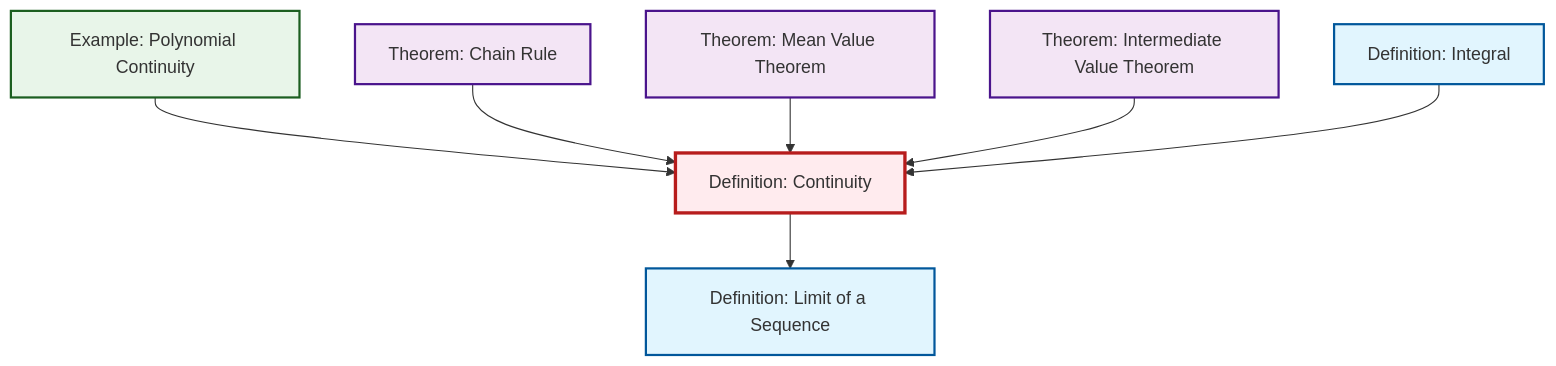
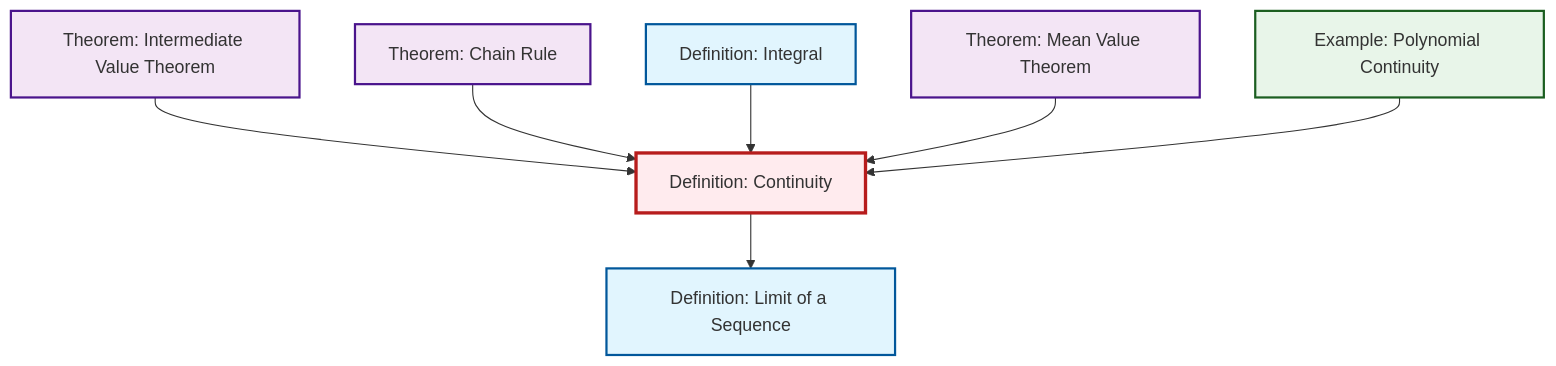
One commit to RK0429/ModernMath changed the diagram in content/en/analysis/def-continuity.qmd. Above: the diagram before and after it, drawn with Mermaid. The commit also changed other lines of this file and 530 other files, not shown here.

````diff
--- a/content/en/analysis/def-continuity.qmd
+++ b/content/en/analysis/def-continuity.qmd
@@ -57,29 +57,29 @@
 ```{mermaid}
 %%| fig-cap: "Local dependency graph"
 graph TD
     classDef definition fill:#e1f5fe,stroke:#01579b,stroke-width:2px
     classDef theorem fill:#f3e5f5,stroke:#4a148c,stroke-width:2px
     classDef axiom fill:#fff3e0,stroke:#e65100,stroke-width:2px
     classDef example fill:#e8f5e9,stroke:#1b5e20,stroke-width:2px
     classDef current fill:#ffebee,stroke:#b71c1c,stroke-width:3px
     thm-chain-rule["Theorem: Chain Rule"]:::theorem
+    thm-intermediate-value["Theorem: Intermediate Value Theorem"]:::theorem
+    ex-polynomial-continuity["Example: Polynomial Continuity"]:::example
     def-integral["Definition: Integral"]:::definition
+    def-limit["Definition: Limit of a Sequence"]:::definition
     def-continuity["Definition: Continuity"]:::definition
     thm-mean-value["Theorem: Mean Value Theorem"]:::theorem
-    ex-polynomial-continuity["Example: Polynomial Continuity"]:::example
-    thm-intermediate-value["Theorem: Intermediate Value Theorem"]:::theorem
-    def-limit["Definition: Limit of a Sequence"]:::definition
+    thm-intermediate-value --> def-continuity
+    thm-chain-rule --> def-continuity
+    def-integral --> def-continuity
+    thm-mean-value --> def-continuity
     ex-polynomial-continuity --> def-continuity
     def-continuity --> def-limit
-    thm-chain-rule --> def-continuity
-    thm-mean-value --> def-continuity
-    thm-intermediate-value --> def-continuity
-    def-integral --> def-continuity
     class def-continuity current
     click thm-chain-rule "thm-chain-rule.html" "Go to Chain Rule theorem"
+    click thm-intermediate-value "thm-intermediate-value.html" "Go to Intermediate Value Theorem theorem"
+    click ex-polynomial-continuity "ex-polynomial-continuity.html" "Go to Polynomial Continuity example"
     click def-integral "def-integral.html" "Go to Integral definition"
+    click def-limit "def-limit.html" "Go to Limit of a Sequence definition"
     click thm-mean-value "thm-mean-value.html" "Go to Mean Value Theorem theorem"
-    click ex-polynomial-continuity "ex-polynomial-continuity.html" "Go to Polynomial Continuity example"
-    click thm-intermediate-value "thm-intermediate-value.html" "Go to Intermediate Value Theorem theorem"
-    click def-limit "def-limit.html" "Go to Limit of a Sequence definition"
 ```
````
